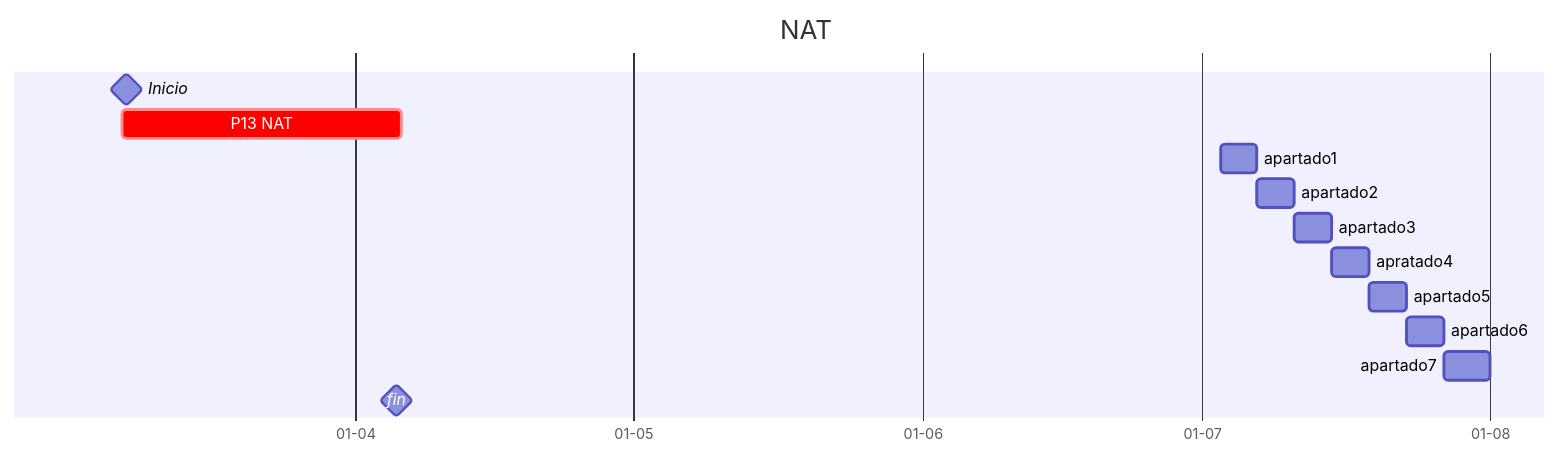
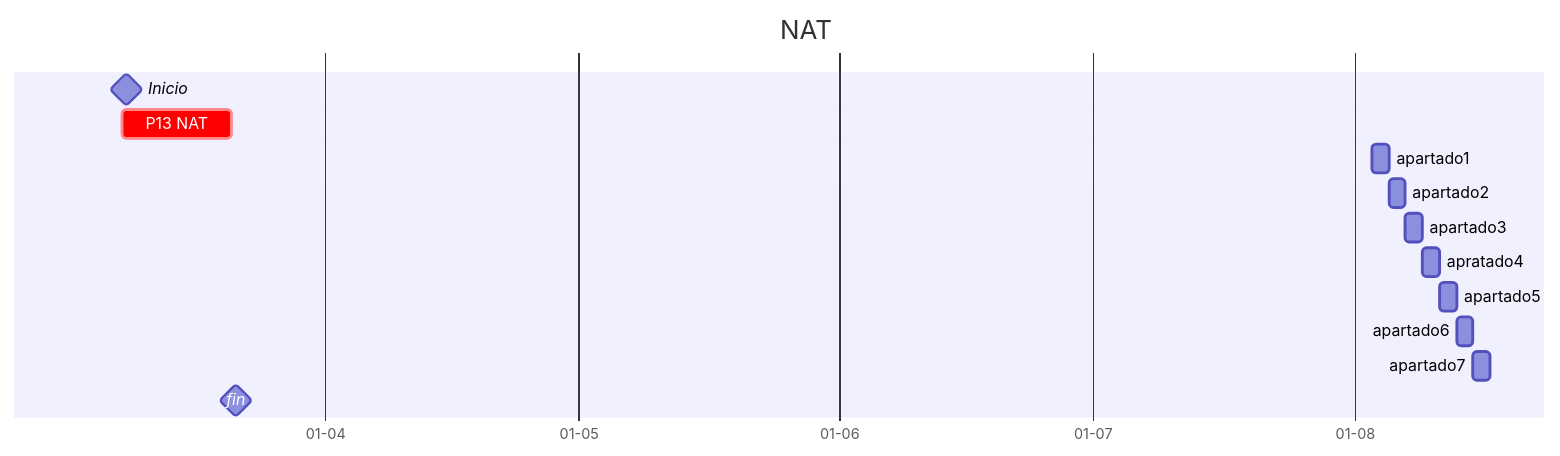
One commit to robertorodriguez98/apuntesClase changed the diagram in gantt/nat.md. Above: the diagram before and after it, drawn with Mermaid. The commit also changed 7 other files, not shown here.

````diff
--- a/gantt/nat.md
+++ b/gantt/nat.md
@@ -2,19 +2,19 @@
 ```mermaid
 gantt
     %%etiquetas posibles: done,active,crit,milestone
     title NAT
     dateFormat  DD-MM-YY
     axisFormat  %d-%m
-    Inicio : milestone,07-03-22,1d
+    Inicio : milestone,08-03-22,1d
 
-    P13 NAT             :crit,nat,07-03-22,30d
-    apartado1           :7-03-22,4d
-    apartado2           :4d
-    apartado3           :4d
-    apratado4           :4d
-    apartado5           :4d
-    apartado6           :4d
-    apartado7           :5d
-    fin  : milestone,05-04-22,1d
+    P13 NAT             :crit,nat,08-03-22,21-03-22
+    apartado1           :8-03-22,2d
+    apartado2           :2d
+    apartado3           :2d
+    apratado4           :2d
+    apartado5           :2d
+    apartado6           :2d
+    apartado7           :2d
+    fin  : milestone,21-03-22,1d
 
 ```
````
